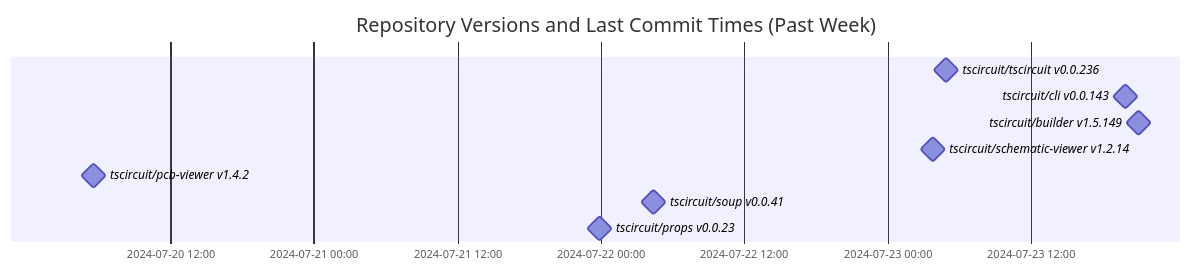
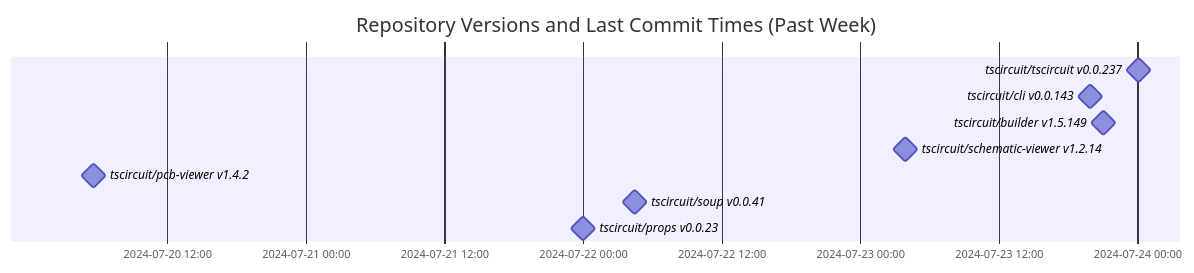
Before and after one commit to tscircuit/version-tracker: the diagram in README.md, drawn with Mermaid.

Commit message:
Update chart

````diff
--- a/README.md
+++ b/README.md
@@ -1,14 +1,14 @@
 ```mermaid
 gantt
   dateFormat  YYYY-MM-DD HH:mm:ss
   title Repository Versions and Last Commit Times (Past Week)
   axisFormat %Y-%m-%d %H:%M
 
-  tscircuit/tscircuit v0.0.236 : milestone, 2024-07-23 04:55:43, 1s
+  tscircuit/tscircuit v0.0.237 : milestone, 2024-07-24 00:04:32, 1s
   tscircuit/cli v0.0.143 : milestone, 2024-07-23 19:55:41, 1s
   tscircuit/builder v1.5.149 : milestone, 2024-07-23 21:01:43, 1s
   tscircuit/schematic-viewer v1.2.14 : milestone, 2024-07-23 03:50:56, 1s
   tscircuit/pcb-viewer v1.4.2 : milestone, 2024-07-20 05:34:23, 1s
   tscircuit/soup v0.0.41 : milestone, 2024-07-22 04:28:33, 1s
   tscircuit/props v0.0.23 : milestone, 2024-07-21 23:57:13, 1s
 ```
````
